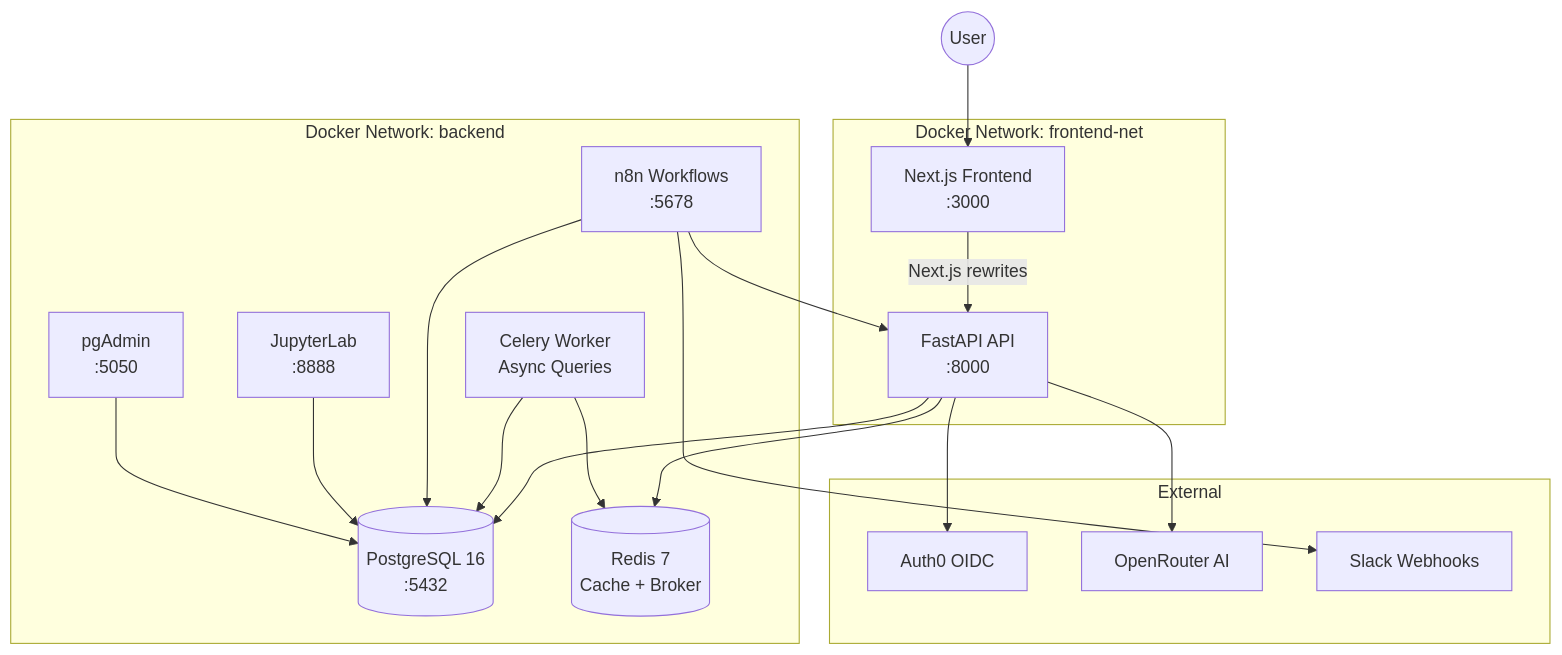
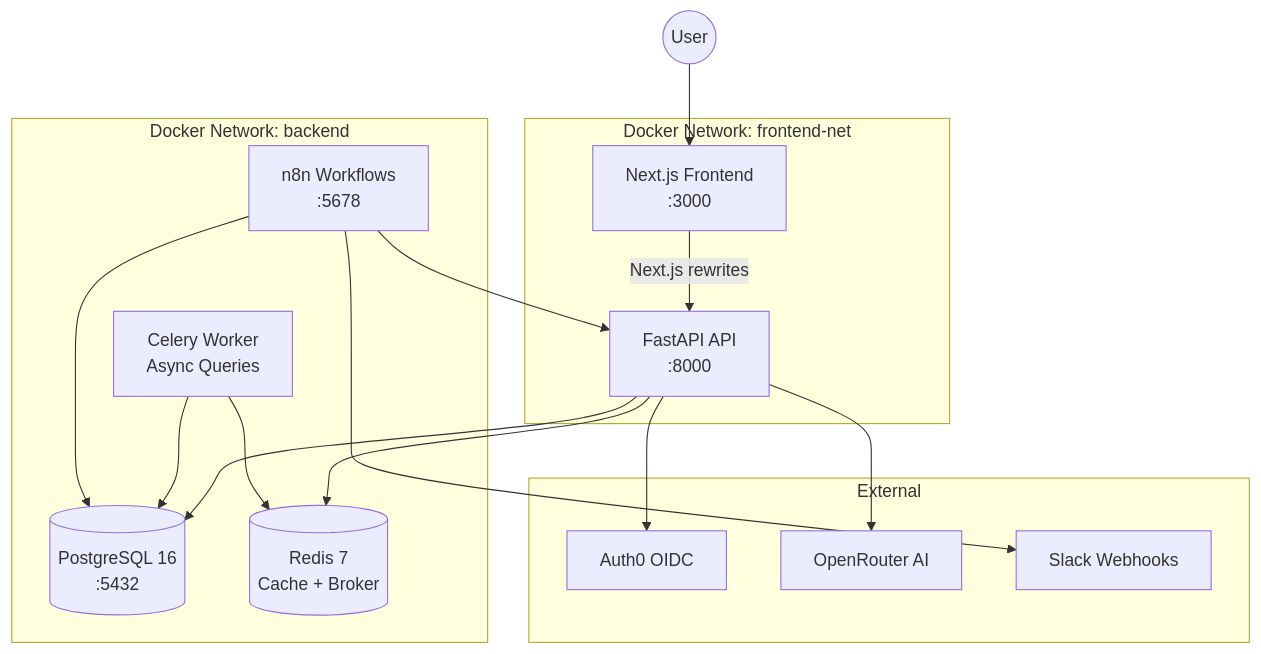
One commit to ahmed-shaaban-94/SAAS changed the first of 6 diagrams in docs/ARCHITECTURE.md. Above: the diagram before and after it, drawn with Mermaid. The commit also changed 20 other files, not shown here.

First line of the commit message:
fix: fix prestart container crash + remove JupyterLab & pgAdmin

````diff
--- a/docs/ARCHITECTURE.md
+++ b/docs/ARCHITECTURE.md
@@ -5,37 +5,33 @@
 ```mermaid
 graph TB
     subgraph External
         AUTH0[Auth0 OIDC]
         OPENROUTER[OpenRouter AI]
         SLACK[Slack Webhooks]
     end
 
     subgraph "Docker Network: frontend-net"
         FE[Next.js Frontend<br/>:3000]
         API[FastAPI API<br/>:8000]
     end
 
     subgraph "Docker Network: backend"
         API
         PG[(PostgreSQL 16<br/>:5432)]
         REDIS[(Redis 7<br/>Cache + Broker)]
         CELERY[Celery Worker<br/>Async Queries]
         N8N[n8n Workflows<br/>:5678]
-        APP[JupyterLab<br/>:8888]
-        PGADMIN[pgAdmin<br/>:5050]
     end
 
     USER((User)) --> FE
     FE -->|Next.js rewrites| API
     API --> PG
     API --> REDIS
     API --> AUTH0
     API --> OPENROUTER
     CELERY --> REDIS
     CELERY --> PG
     N8N --> API
     N8N --> PG
     N8N --> SLACK
-    APP --> PG
-    PGADMIN --> PG
 ```
````
